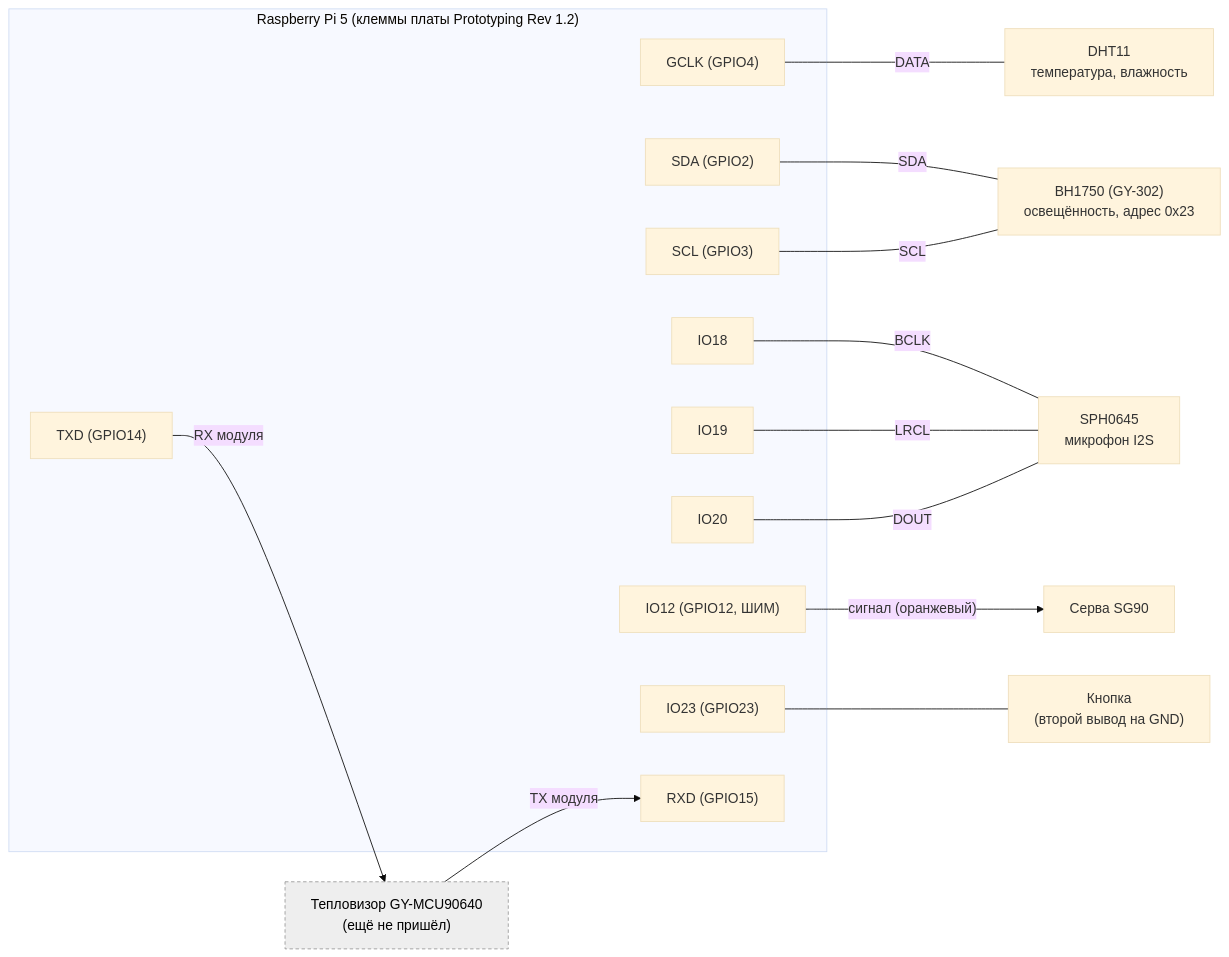
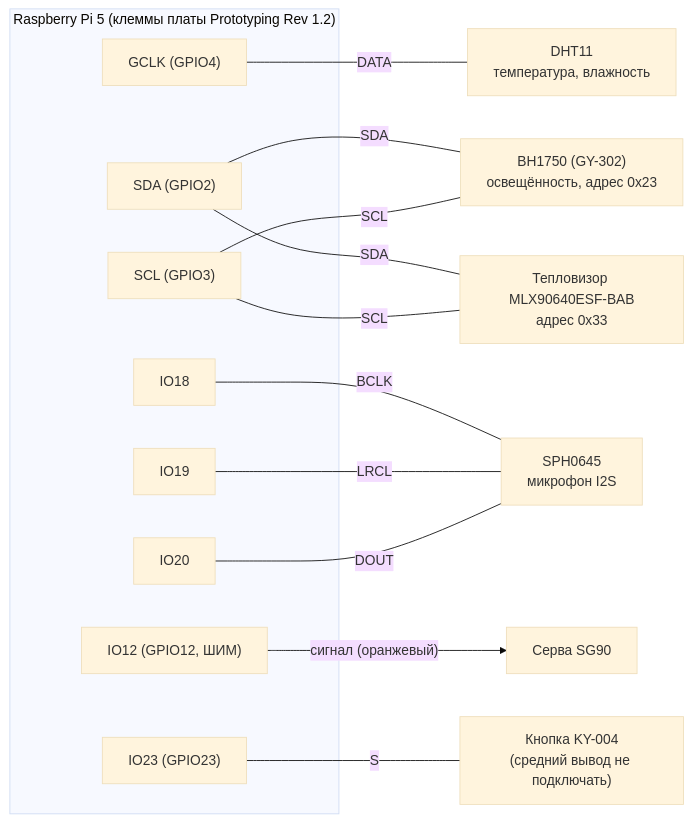
Before and after one commit to ik1s/spa: the diagram in docs/wiring-signals.mmd, drawn with Mermaid (base theme). The commit also changed 14 other files, not shown here.

```diff
--- a/docs/wiring-signals.mmd
+++ b/docs/wiring-signals.mmd
@@ -1,34 +1,29 @@
 flowchart LR
   subgraph PI["Raspberry Pi 5 (клеммы платы Prototyping Rev 1.2)"]
     GCLK["GCLK (GPIO4)"]
     SDA["SDA (GPIO2)"]
     SCL["SCL (GPIO3)"]
     IO18["IO18"]
     IO19["IO19"]
     IO20["IO20"]
     IO12["IO12 (GPIO12, ШИМ)"]
     IO23["IO23 (GPIO23)"]
-    TXD["TXD (GPIO14)"]
-    RXD["RXD (GPIO15)"]
   end
 
   DHT["DHT11<br/>температура, влажность"]
   BH["BH1750 (GY-302)<br/>освещённость, адрес 0x23"]
   MIC["SPH0645<br/>микрофон I2S"]
   SERVO["Серва SG90"]
-  BTN["Кнопка<br/>(второй вывод на GND)"]
-  THERM["Тепловизор GY-MCU90640<br/>(ещё не пришёл)"]
+  BTN["Кнопка KY-004<br/>(средний вывод не подключать)"]
+  THERM["Тепловизор MLX90640ESF-BAB<br/>адрес 0x33"]
 
   GCLK ---|"DATA"| DHT
   SDA ---|"SDA"| BH
   SCL ---|"SCL"| BH
   IO18 ---|"BCLK"| MIC
   IO19 ---|"LRCL"| MIC
   IO20 ---|"DOUT"| MIC
   IO12 -->|"сигнал (оранжевый)"| SERVO
-  IO23 --- BTN
-  TXD -->|"RX модуля"| THERM
-  THERM -->|"TX модуля"| RXD
-
-  classDef later fill:#eee,stroke:#999,stroke-dasharray: 4 3,color:#000
-  class THERM later
+  IO23 ---|"S"| BTN
+  SDA ---|"SDA"| THERM
+  SCL ---|"SCL"| THERM
```
